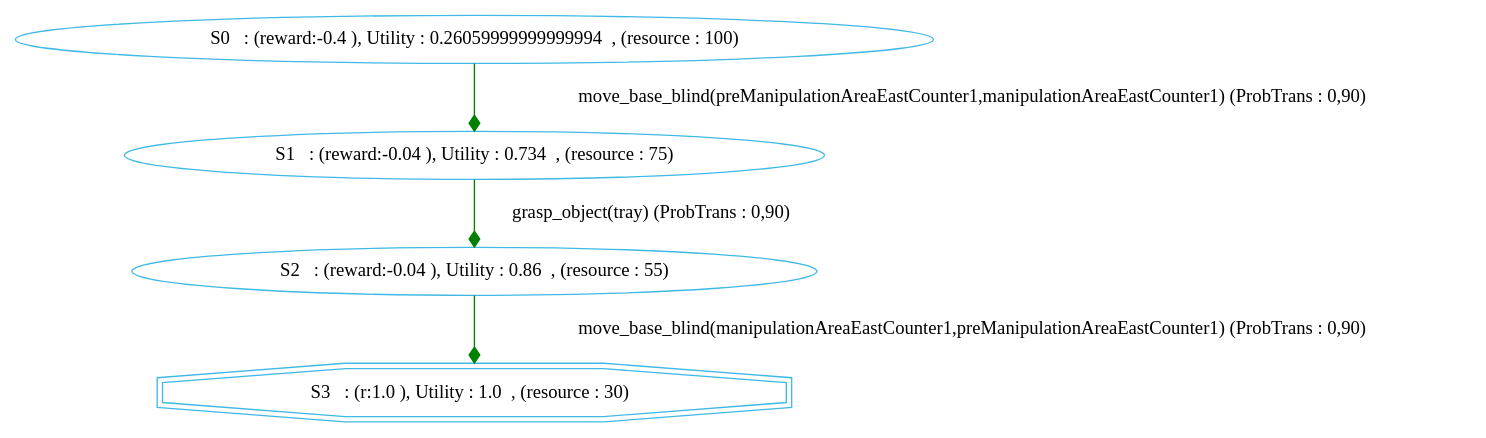
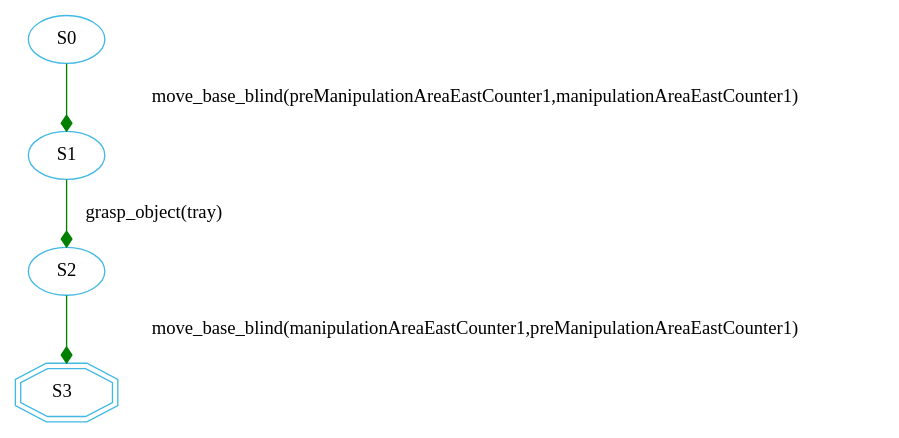
The diagram in chimp/src/main/java/examples/MDP/RACE/test_m_get_object_1.dot (htiraHatem/CHIMP_MDP), drawn with Graphviz before and after one commit. The commit also changed 3 other files, not shown here.

Commit message:
easy graph results

```diff
--- a/chimp/src/main/java/examples/MDP/RACE/test_m_get_object_1.dot
+++ b/chimp/src/main/java/examples/MDP/RACE/test_m_get_object_1.dot
@@ -1,8 +1,11 @@
 digraph {
   node [color="#40b9e5" ]
  size="60,17";
-"3" [label=" S3   : (r:1.0 ), Utility : 1.0  , (resource : 30)  " shape=doubleoctagon];
-"0" [label=" S0   : (reward:-0.4 ), Utility : 0.26059999999999994  , (resource : 100) "]"1" [label=" S1   : (reward:-0.04 ), Utility : 0.734  , (resource : 75) "]"2" [label=" S2   : (reward:-0.04 ), Utility : 0.86  , (resource : 55) "]"0" -> "1" [ label="move_base_blind(preManipulationAreaEastCounter1,manipulationAreaEastCounter1) (ProbTrans : 0,90)"
-, arrowhead = diamond , color=green];"1" -> "2" [ label="grasp_object(tray) (ProbTrans : 0,90)"
-, arrowhead = diamond , color=green];"2" -> "3" [ label="move_base_blind(manipulationAreaEastCounter1,preManipulationAreaEastCounter1) (ProbTrans : 0,90)"
+"3" [label=" S3  " shape=doubleoctagon];
+"0" [label=" S0 "];
+"1" [label=" S1 "];
+"2" [label=" S2 "];
+"0" -> "1" [ label="move_base_blind(preManipulationAreaEastCounter1,manipulationAreaEastCounter1)"
+, arrowhead = diamond , color=green];"1" -> "2" [ label="grasp_object(tray)"
+, arrowhead = diamond , color=green];"2" -> "3" [ label="move_base_blind(manipulationAreaEastCounter1,preManipulationAreaEastCounter1)"
 , arrowhead = diamond , color=green];}
```
